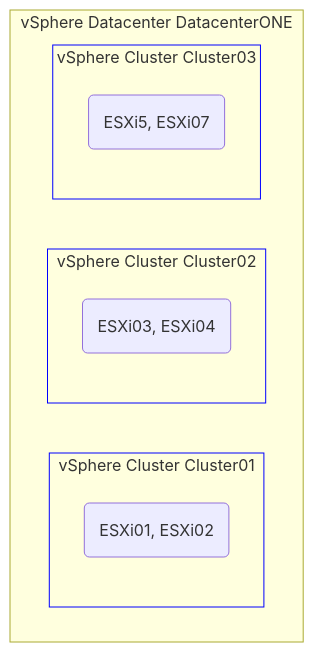
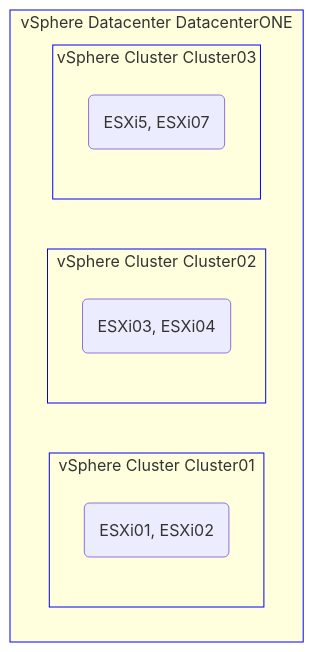
Before and after one commit to rafaelurrutiasilva/visualization-as-code-with-mermaid.js: the diagram in README_se.md, drawn with Mermaid.

````diff
--- a/README_se.md
+++ b/README_se.md
@@ -39,18 +39,18 @@
 ```mermaid
 flowchart TD;
     subgraph Datacenter [vSphere Datacenter DatacenterONE]
-        style Cluster1 stroke:blue, stroke-width:1px
+        style Datacenter stroke:blue, stroke-width:1px
         subgraph Cluster1 [vSphere Cluster Cluster01]
             cluster-Cluster1(ESXi01, ESXi02)
             style Cluster1 stroke:blue, stroke-width:1px
         end
         subgraph Cluster2 [vSphere Cluster Cluster02]
             cluster-Cluster2(ESXi03, ESXi04)
             style Cluster2 stroke:blue, stroke-width:1px
         end
         subgraph Cluster3 [vSphere Cluster Cluster03]
             cluster-Cluster3(ESXi5, ESXi07)
             style Cluster3 stroke:blue, stroke-width:1px
         end
     end
 ```
````
